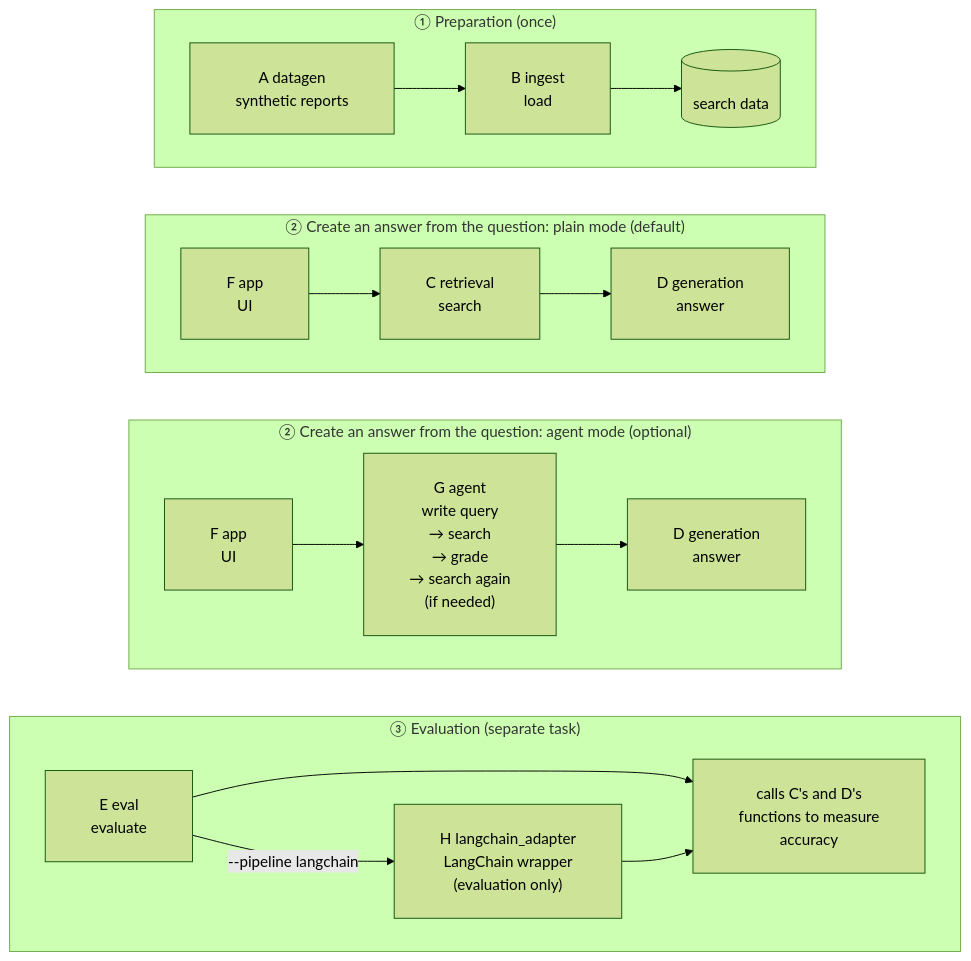
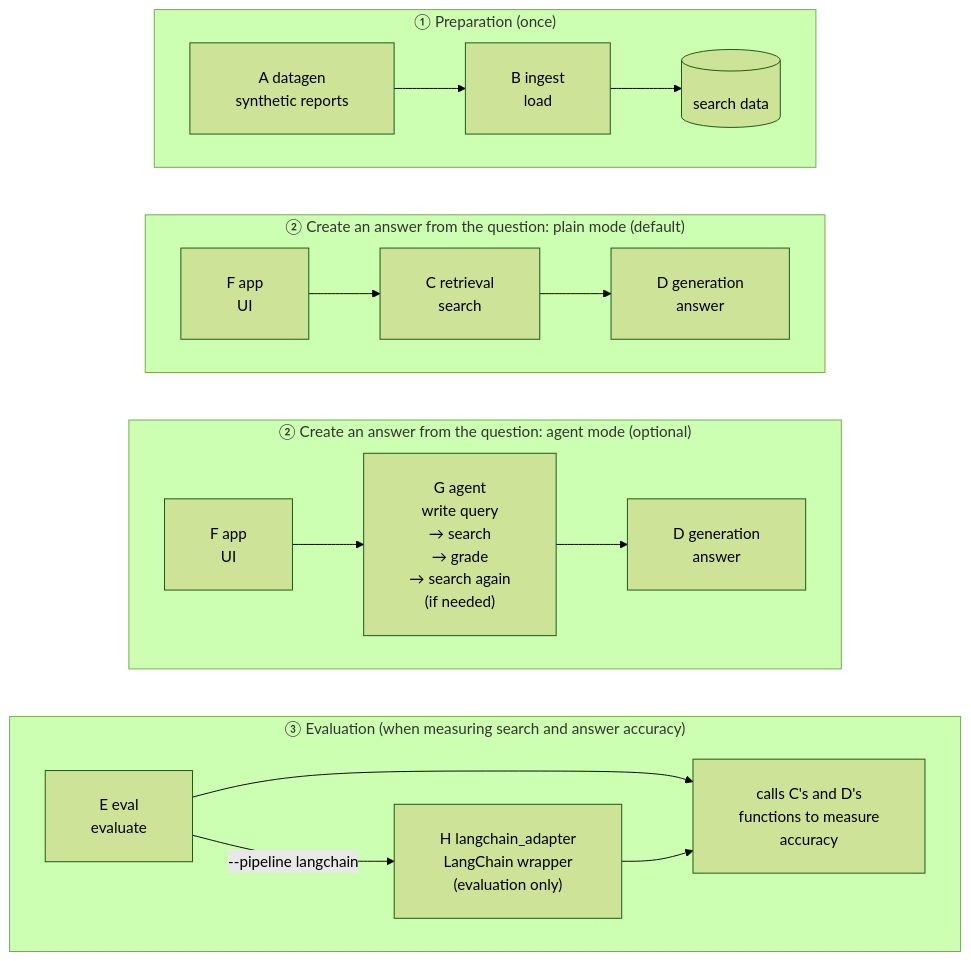
Before and after one commit to satoshi-abe-dev/silo-rag: the first of 3 diagrams in README_en.md, drawn with Mermaid (forest theme). The commit also changed other lines of this file and 1 other file, not shown here.

Commit message:
Say what the evaluation box measures and when it runs
'(separate task)' did not say who runs it, when, or what it measures.
The label now reads 'when measuring search and answer accuracy', and the
bullet says the developer runs it from the command line on questions
with known answers.

````diff
--- a/README_en.md
+++ b/README_en.md
@@ -136,24 +136,24 @@
 ```mermaid
 %%{init: {"flowchart": {"padding": 24, "wrappingWidth": 400}}}%%
 graph TB
     subgraph prep["① Preparation (once)"]
         direction LR
         A["A datagen<br/>synthetic reports"] --> B["B ingest<br/>load"] --> DB[("search data")]
     end
     subgraph plain["② Create an answer from the question: plain mode (default)"]
         direction LR
         F1["F app<br/>UI"] --> C1["C retrieval<br/>search"] --> D1["D generation<br/>answer"]
     end
     subgraph agent["② Create an answer from the question: agent mode (optional)"]
         direction LR
         F2["F app<br/>UI"] --> G["G agent<br/>write query<br/>→ search<br/>→ grade<br/>→ search again<br/>(if needed)"] --> D2["D generation<br/>answer"]
     end
-    subgraph ev["③ Evaluation (separate task)"]
+    subgraph ev["③ Evaluation (when measuring search and answer accuracy)"]
         direction LR
         E["E eval<br/>evaluate"] --> CD["calls C's and D's<br/>functions to measure<br/>accuracy"]
         E -->|"--pipeline langchain"| H["H langchain_adapter<br/>LangChain wrapper<br/>(evaluation only)"] --> CD
     end
     prep ~~~ plain
     plain ~~~ agent
     agent ~~~ ev
 ```
````
